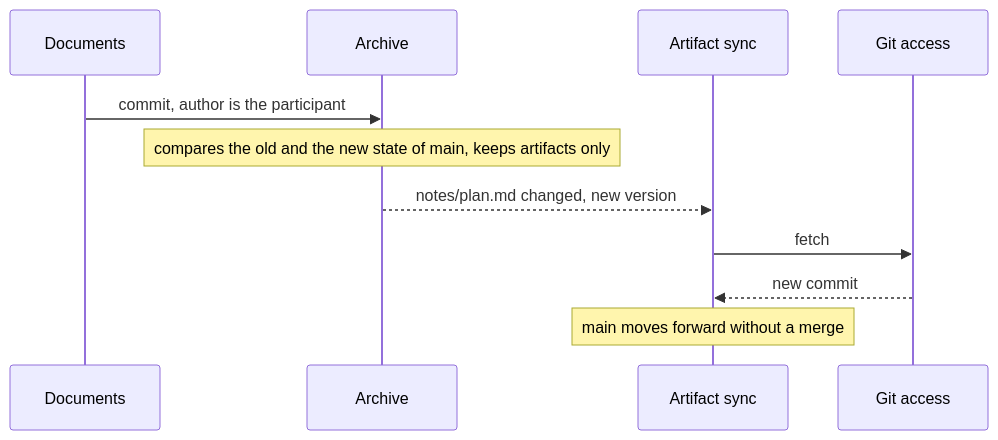
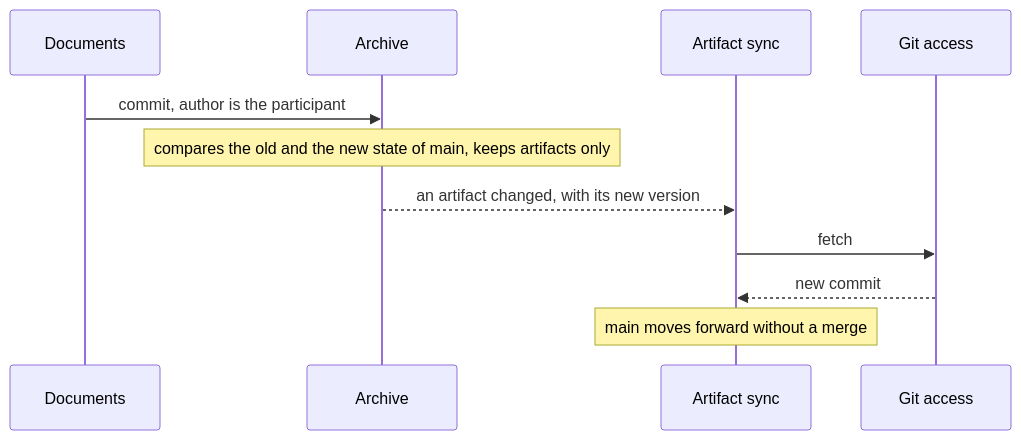
Before and after one commit to mrsimpson/agentic-office: the eighth of 24 diagrams in docs/architecture/06-runtime-view.arc42.md, drawn with Mermaid. The commit also changed other lines of this file and 9 other files, not shown here.

First line of the commit message:
docs(architecture): state each fact once, in its owner element (#285)

````diff
--- a/docs/architecture/06-runtime-view.arc42.md
+++ b/docs/architecture/06-runtime-view.arc42.md
@@ -337,13 +337,13 @@
 ```mermaid
 sequenceDiagram
     participant bb_documents as Documents
     participant bb_archive as Archive
     participant bb_sync as Artifact sync
     participant bb_git_access as Git access
     bb_documents->>bb_archive: commit, author is the participant
     Note over bb_archive: compares the old and the new state of main, keeps artifacts only
-    bb_archive-->>bb_sync: notes/plan.md changed, new version
+    bb_archive-->>bb_sync: an artifact changed, with its new version
     bb_sync->>bb_git_access: fetch
     bb_git_access-->>bb_sync: new commit
     Note over bb_sync: main moves forward without a merge
 ```
````
